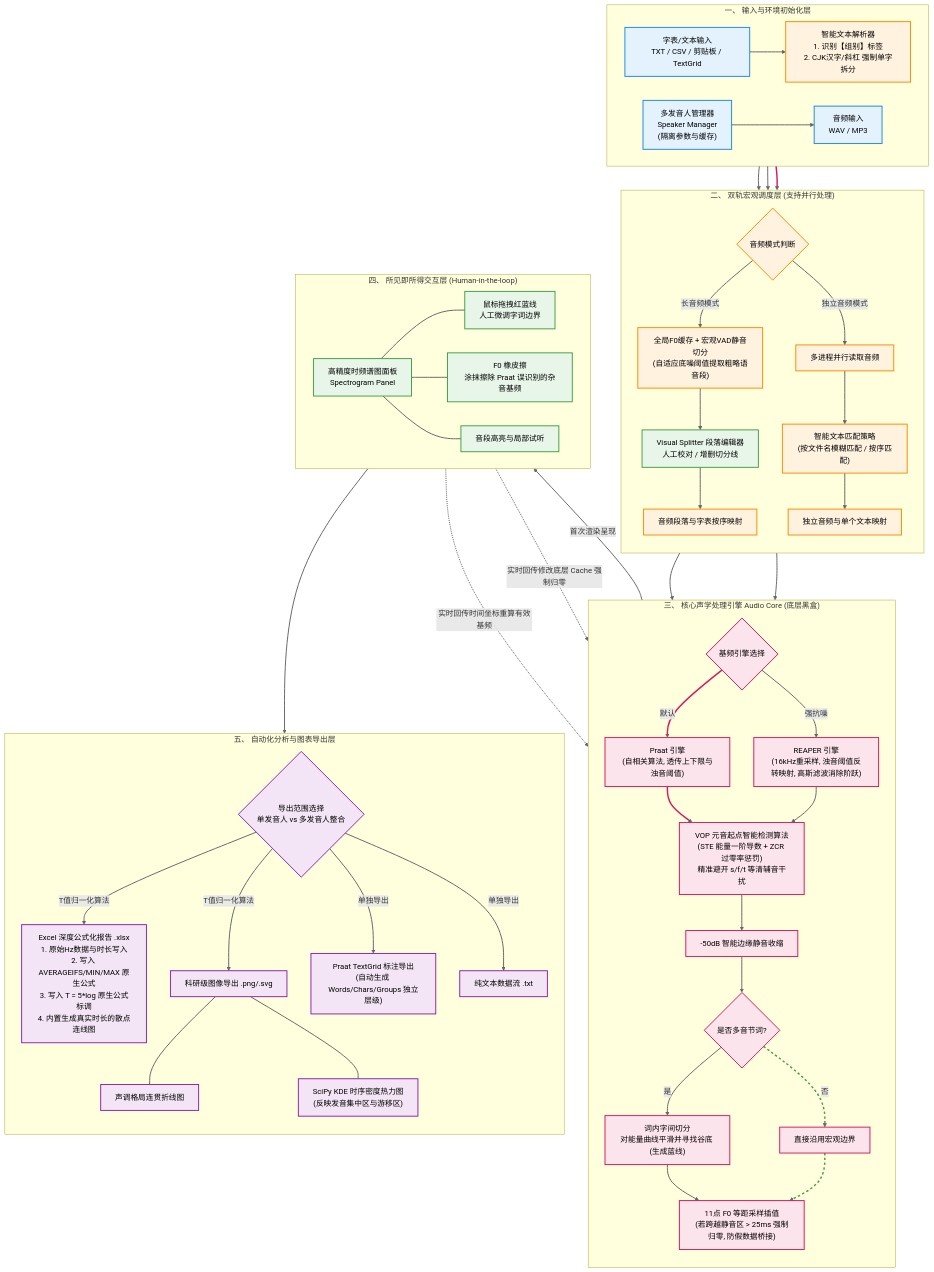
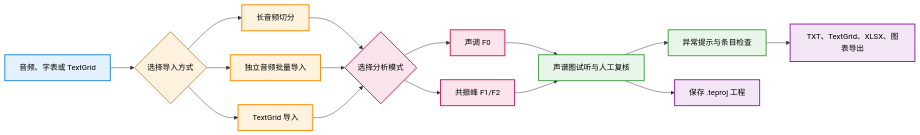
One commit to KasumiKitsune/PhonTracer changed the diagram in README.md. Above: the diagram before and after it, drawn with Mermaid. The commit also changed other lines of this file and 12 other files, not shown here.

````diff
--- a/README.md
+++ b/README.md
@@ -31,115 +66,24 @@
 ```mermaid
-flowchart TD
+flowchart LR
     %% ================= 样式库 =================
     classDef input fill:#E3F2FD,stroke:#1E88E5,stroke-width:2px,color:#000
     classDef route fill:#FFF3E0,stroke:#FB8C00,stroke-width:2px,color:#000
     classDef core fill:#FCE4EC,stroke:#D81B60,stroke-width:2px,color:#000
     classDef ui fill:#E8F5E9,stroke:#43A047,stroke-width:2px,color:#000
     classDef export fill:#F3E5F5,stroke:#8E24AA,stroke-width:2px,color:#000
-    classDef note fill:#FFFFE0,stroke:#FBC02D,stroke-width:1px,stroke-dasharray: 5 5,color:#000
 
-    %% ================= 1. 输入与解析层 =================
-    subgraph L1 ["一、 输入与环境初始化层"]
-        direction LR
-        S_Man["多发音人管理器<br/>Speaker Manager<br/>(隔离参数与缓存)"]:::input
-        IN_A["音频输入<br/>WAV / MP3"]:::input
-        IN_T["字表/文本输入<br/>TXT / CSV / 剪贴板 / TextGrid"]:::input
-        
-        Parser["智能文本解析器<br/>1. 识别【组别】标签<br/>2. CJK汉字/斜杠 强制单字拆分"]:::route
-        
-        IN_T --> Parser
-        S_Man --> IN_A
-    end
-
-    %% ================= 2. 调度与宏观处理层 =================
-    subgraph L2 ["二、 双轨宏观调度层 (支持并行处理)"]
-        direction TB
-        Mode{音频模式判断}:::route
-        
-        %% 长音频流
-        L_VAD["全局F0缓存 + 宏观VAD静音切分<br/>(自适应底噪阈值提取粗略语音段)"]:::route
-        L_VS["Visual Splitter 段落编辑器<br/>人工校对 / 增删切分线"]:::ui
-        L_Map["音频段落与字表按序映射"]:::route
-        
-        %% 独立音频流
-        B_Pool["多进程并行读取音频"]:::route
-        B_Match["智能文本匹配策略<br/>(按文件名模糊匹配 / 按序匹配)"]:::route
-        B_Map["独立音频与单个文本映射"]:::route
-
-        Mode -- "长音频模式" --> L_VAD --> L_VS --> L_Map
-        Mode -- "独立音频模式" --> B_Pool --> B_Match --> B_Map
-    end
-
-    IN_A --> Mode
-    Parser --> L_Map & B_Match
-
-    %% ================= 3. 核心声学微观引擎 =================
-    subgraph L3 ["三、 核心声学处理引擎 Audio Core (底层黑盒)"]
-        direction TB
-        Engine{基频引擎选择}:::core
-        
-        E_Praat["Praat 引擎<br/>(自相关算法, 透传上下限与浊音阈值)"]:::core
-        E_Reaper["REAPER 引擎<br/>(16kHz重采样, 浊音阈值反转映射, 高斯滤波消除阶跃)"]:::core
-        
-        VOP["VOP 元音起点智能检测算法<br/>(STE 能量一阶导数 + ZCR 过零率惩罚)<br/>精准避开 s/f/t 等清辅音干扰"]:::core
-        Trim["-50dB 智能边缘静音收缩"]:::core
-        
-        InnerSplit{是否多音节词?}:::core
-        Split_Y["词内字间切分<br/>对能量曲线平滑并寻找谷底 (生成蓝线)"]:::core
-        Split_N["直接沿用宏观边界"]:::core
-        
-        Sampling["11点 F0 等距采样插值<br/>(若跨越静音区 > 25ms 强制归零, 防假数据桥接)"]:::core
-
-        Engine -- "默认" --> E_Praat --> VOP
-        Engine -- "强抗噪" --> E_Reaper --> VOP
-        
-        VOP --> Trim --> InnerSplit
-        InnerSplit -- "是" --> Split_Y --> Sampling
-        InnerSplit -- "否" --> Split_N --> Sampling
-    end
-
-    L_Map & B_Map --> Engine
-
-    %% ================= 4. UI与人机交互层 =================
-    subgraph L4 ["四、 所见即所得交互层 (Human-in-the-loop)"]
-        direction LR
-        UI_Spec["高精度时频谱图面板<br/>Spectrogram Panel"]:::ui
-        
-        Act_Drag["鼠标拖拽红蓝线<br/>人工微调字词边界"]:::ui
-        Act_Erase["F0 橡皮擦<br/>涂抹擦除 Praat 误识别的杂音基频"]:::ui
-        Act_Play["音段高亮与局部试听"]:::ui
-        
-        UI_Spec --- Act_Drag & Act_Erase & Act_Play
-    end
-
-    %% 核心与 UI 的双向数据流（闭环机制）
-    Sampling == "首次渲染呈现" ==> UI_Spec
-    Act_Drag -. "实时回传时间坐标重算有效基频" .-> VOP
-    Act_Erase -. "实时回传修改底层 Cache 强制归零" .-> Sampling
-
-    %% ================= 5. 输出与分析层 =================
-    subgraph L5 ["五、 自动化分析与图表导出层"]
-        direction TB
-        Out_Scope{导出范围选择<br/>单发音人 vs 多发音人整合}:::export
-        
-        Out_Excel["Excel 深度公式化报告 .xlsx<br/>1. 原始Hz数据与时长写入<br/>2. 写入 AVERAGEIFS/MIN/MAX 原生公式<br/>3. 写入 T = 5*log 原生公式标调<br/>4. 内置生成真实时长的散点连线图"]:::export
-        
-        Out_Img["科研级图像导出 .png/.svg"]:::export
-        Img_Line["声调格局连贯折线图"]:::export
-        Img_KDE["SciPy KDE 时序密度热力图<br/>(反映发音集中区与游移区)"]:::export
-        
-        Out_TG["Praat TextGrid 标注导出<br/>(自动生成 Words/Chars/Groups 独立层级)"]:::export
-        Out_Txt["纯文本数据流 .txt"]:::export
-        
-        Out_Scope -- "T值归一化算法" --> Out_Excel & Out_Img
-        Out_Scope -- "单独导出" --> Out_TG & Out_Txt
-        Out_Img --- Img_Line & Img_KDE
-    end
-
-    UI_Spec ==> Out_Scope
-    
-    %% 连接全局样式
-    linkStyle default stroke:#666,stroke-width:2px;
-    linkStyle 10,11,12 stroke:#D81B60,stroke-width:3px;
-    linkStyle 19,20 stroke:#43A047,stroke-width:3px,stroke-dasharray: 5 5;
+    A["音频、字表或 TextGrid"]:::input --> B{"选择导入方式"}:::route
+    B --> C["长音频切分"]:::route
+    B --> D["独立音频批量导入"]:::route
+    B --> E["TextGrid 导入"]:::route
+    C --> F{"选择分析模式"}:::core
+    D --> F
+    E --> F
+    F --> G["声调 F0"]:::core
+    F --> H["共振峰 F1/F2"]:::core
+    G --> I["声谱图试听与人工复核"]:::ui
+    H --> I
+    I --> J["异常提示与条目检查"]:::ui
+    J --> K["TXT、TextGrid、XLSX、图表导出"]:::export
+    I --> L["保存 .teproj 工程"]:::export
 ```
````
